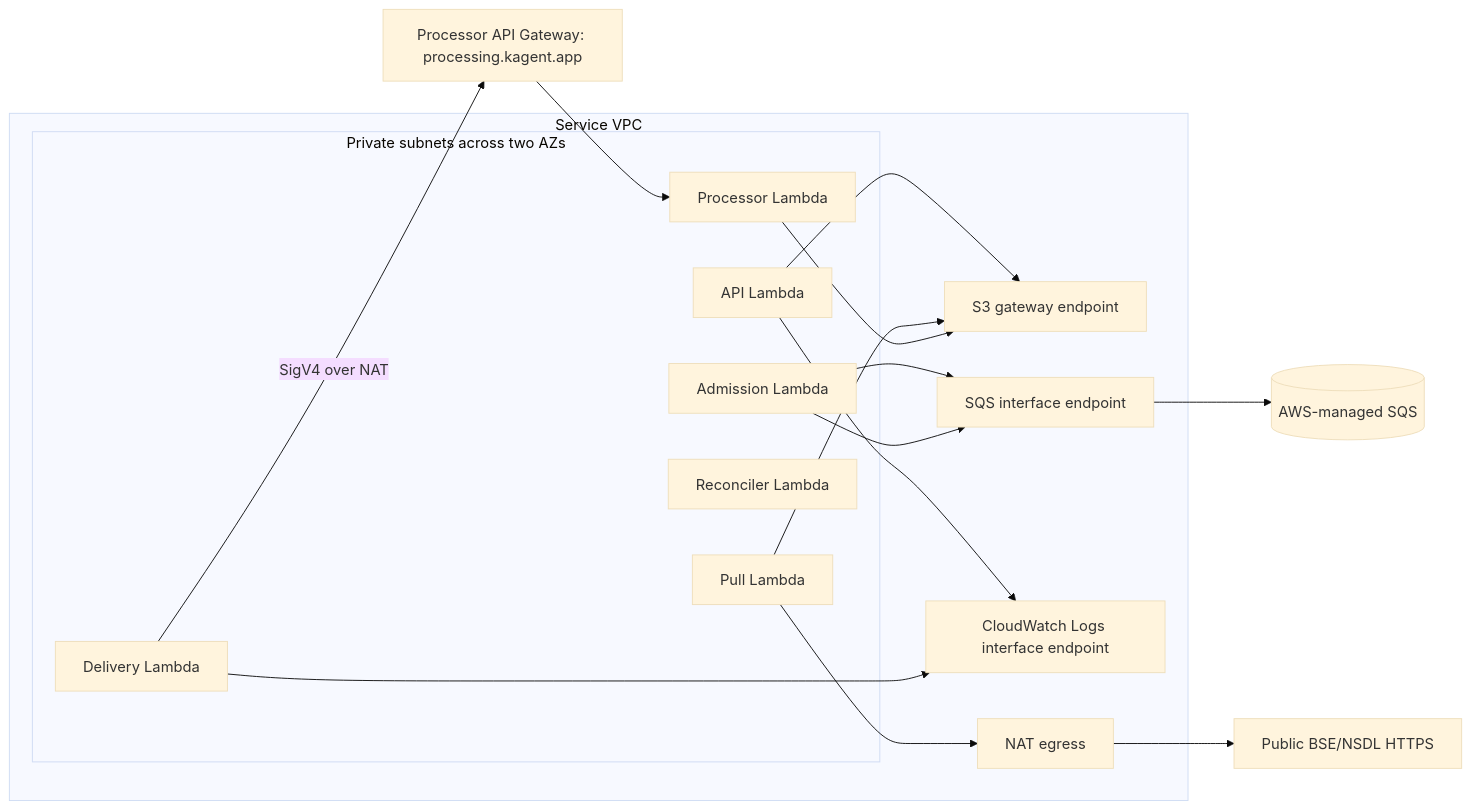
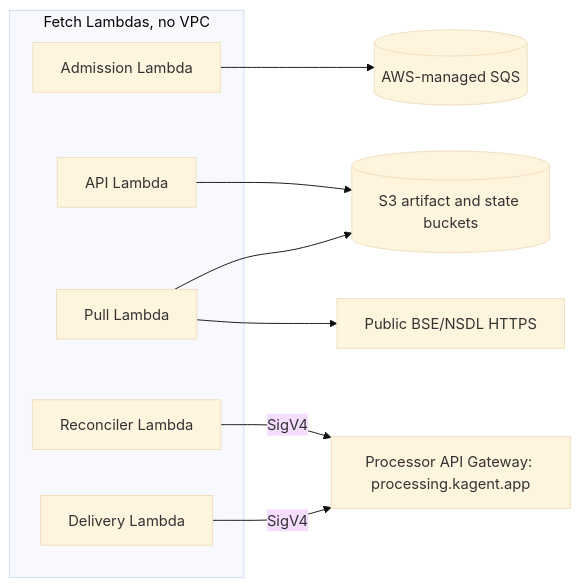
The second of 5 diagrams in docs/specs/data-puller-service-lld.md (maverickuser/data-fetch-service), drawn with Mermaid (base theme) before and after one commit. The commit also changed other lines of this file and 17 other files, not shown here.

First line of the commit message:
Run the fetch Lambdas outside the VPC (#10)

````diff
--- a/docs/specs/data-puller-service-lld.md
+++ b/docs/specs/data-puller-service-lld.md
@@ -77,30 +79,20 @@
 ```mermaid
 flowchart LR
-    subgraph VPC[Service VPC]
-        subgraph Private[Private subnets across two AZs]
-            APIv[API Lambda]
-            Adv[Admission Lambda]
-            Pullv[Pull Lambda]
-            Delv[Delivery Lambda]
-            Recv[Reconciler Lambda]
-            Proc[Processor Lambda]
-        end
-        S3EP[S3 gateway endpoint]
-        SQSEP[SQS interface endpoint]
-        LogsEP[CloudWatch Logs interface endpoint]
-        NAT[NAT egress]
+    subgraph Fetch[Fetch Lambdas, no VPC]
+        APIv[API Lambda]
+        Adv[Admission Lambda]
+        Pullv[Pull Lambda]
+        Delv[Delivery Lambda]
+        Recv[Reconciler Lambda]
     end
+    S3[(S3 artifact and state buckets)]
     SQS[(AWS-managed SQS)]
     ProcAPI[Processor API Gateway: processing.kagent.app]
     Sources[Public BSE/NSDL HTTPS]
-    APIv --> S3EP
-    Adv --> SQSEP
-    Pullv --> S3EP
-    Pullv --> NAT --> Sources
-    Delv -->|SigV4 over NAT| ProcAPI --> Proc
-    Proc --> S3EP
-    APIv --> LogsEP
-    Adv --> SQSEP
-    SQSEP --> SQS
-    Delv --> LogsEP
+    Pullv --> Sources
+    Pullv --> S3
+    APIv --> S3
+    Adv --> SQS
+    Delv -->|SigV4| ProcAPI
+    Recv -->|SigV4| ProcAPI
 ```
````
